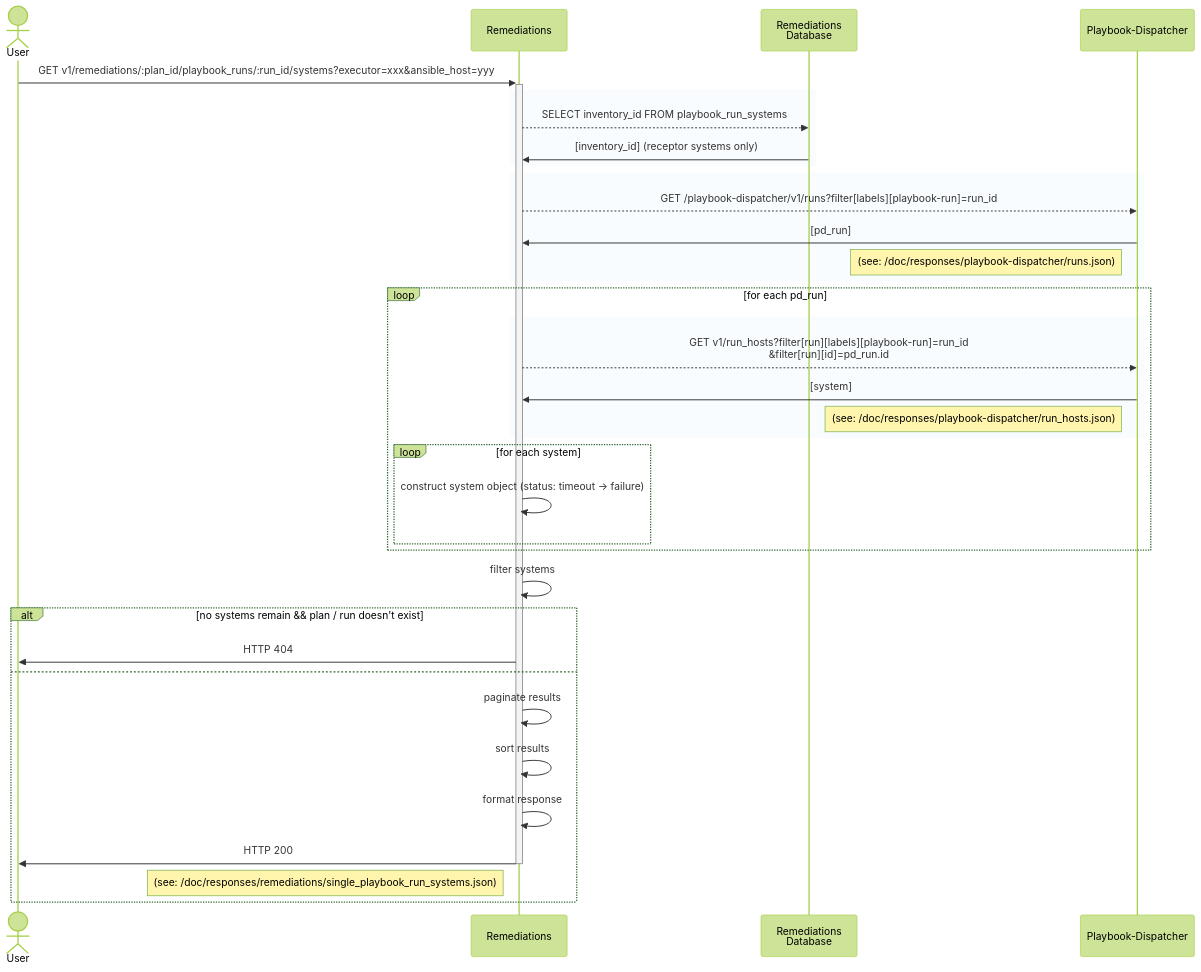
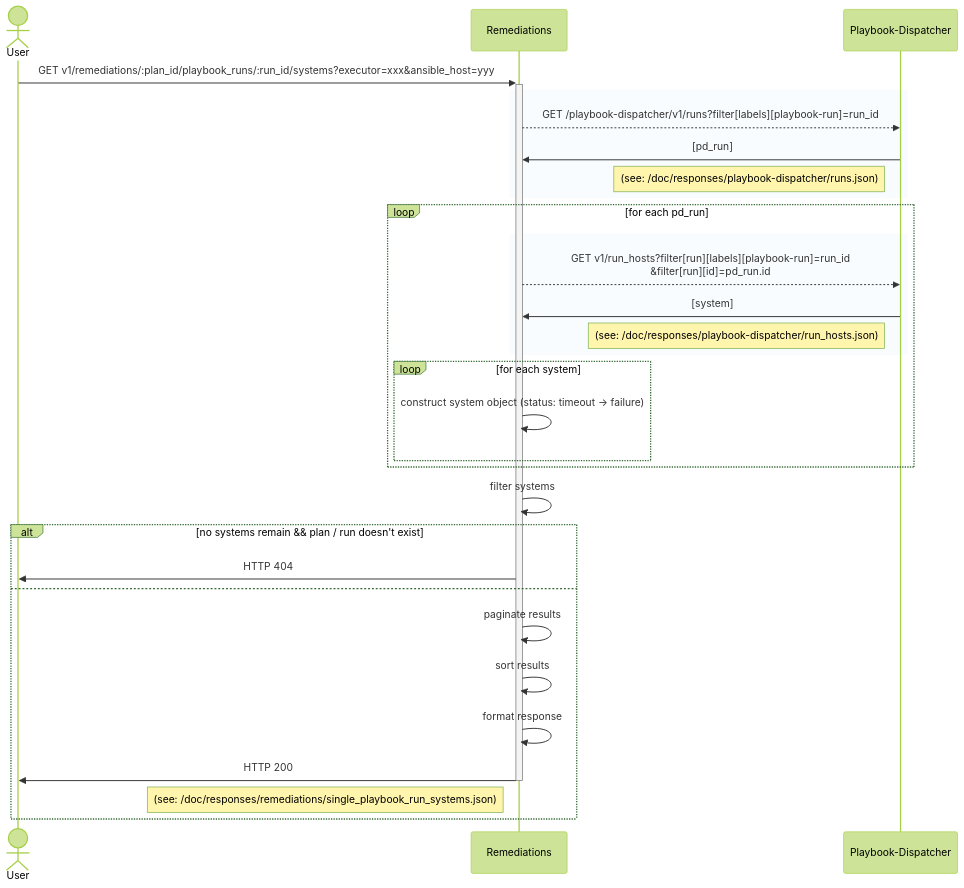
One commit to RedHatInsights/insights-remediations changed the diagram in doc/diagrams/v1/remediations/{plan_id}/playbook_runs/getSystems.md. Above: the diagram before and after it, drawn with Mermaid (forest theme). The commit also changed other lines of this file and 8 other files, not shown here.

````diff
--- a/doc/diagrams/v1/remediations/{plan_id}/playbook_runs/getSystems.md
+++ b/doc/diagrams/v1/remediations/{plan_id}/playbook_runs/getSystems.md
@@ -19,38 +17,33 @@
 ```mermaid
 sequenceDiagram
     actor u as User
     participant rem as Remediations
-    participant db as Remediations<br>Database
     participant pd as Playbook-Dispatcher
 
     u ->> + rem: GET v1/remediations/:plan_id/playbook_runs/:run_id/systems?executor=xxx&ansible_host=yyy
-    rect rgba(191, 223, 255, .1)
-       rem -->> db: SELECT inventory_id FROM playbook_run_systems
-       db ->> rem: [inventory_id] (receptor systems only)
-    end
     rect rgba(191, 223, 255, .1)
        rem -->> pd: GET /playbook-dispatcher/v1/runs?filter[labels][playbook-run]=run_id
        pd ->> rem: [pd_run]
        note left of pd: (see: /doc/responses/playbook-dispatcher/runs.json)
     end
     loop for each pd_run
         rect rgba(191, 223, 255, .1)
            rem -->> pd: GET v1/run_hosts?filter[run][labels][playbook-run]=run_id<br/>&filter[run][id]=pd_run.id
            pd ->> rem: [system]
            note left of pd: (see: /doc/responses/playbook-dispatcher/run_hosts.json)
         end
         loop for each system
             rem ->> rem: construct system object (status: timeout -> failure)
         end
     end
     rem ->> rem: filter systems
     alt no systems remain && plan / run doesn't exist
         rem ->> u: HTTP 404
     else
        rem ->> rem: paginate results
        rem ->> rem: sort results
        rem ->> rem: format response
        rem ->> - u: HTTP 200
        note left of rem: (see: /doc/responses/remediations/single_playbook_run_systems.json)
     end
 ```
````
